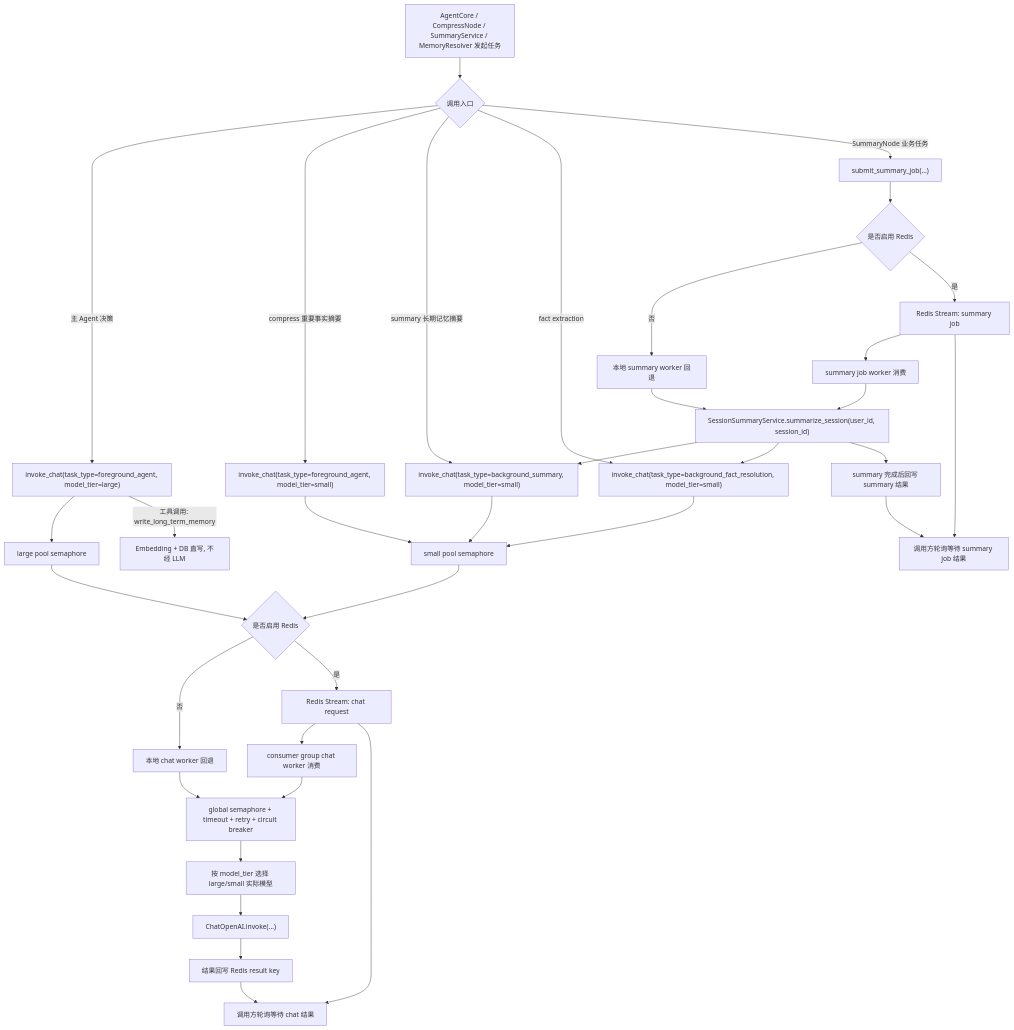
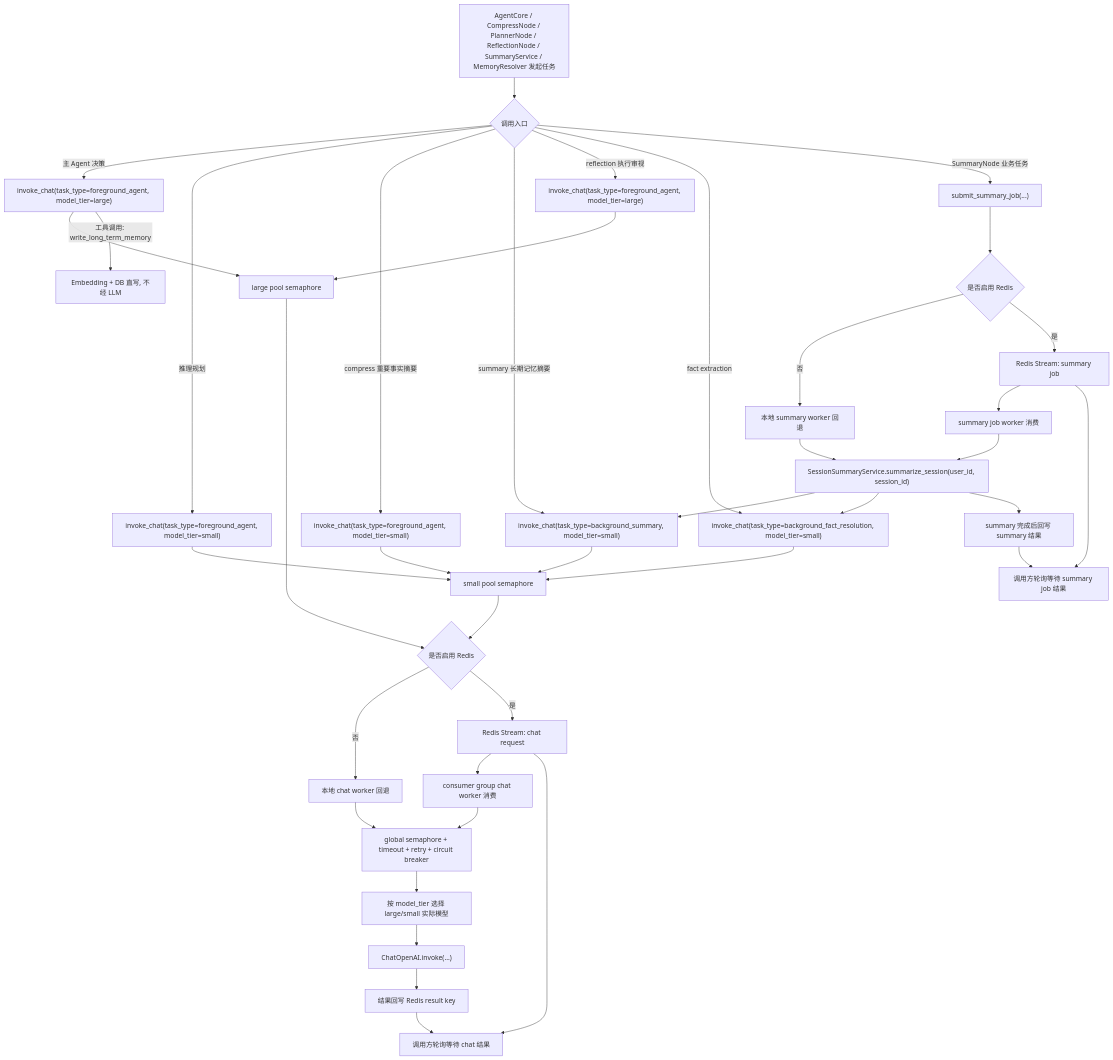
The sixth of 6 diagrams in README.md (xiao-Huahuo/Agent-Core-Service), drawn with Mermaid before and after one commit. The commit also changed other lines of this file and 10 other files, not shown here.

````diff
--- a/README.md
+++ b/README.md
@@ -150,44 +151,48 @@
 ```mermaid
 flowchart TD
-    A["AgentCore / CompressNode / SummaryService / MemoryResolver 发起任务"] --> B{"调用入口"}
+    A["AgentCore / CompressNode / PlannerNode / ReflectionNode / SummaryService / MemoryResolver 发起任务"] --> B{"调用入口"}
     B -->|"主 Agent 决策"| C["invoke_chat(task_type=foreground_agent, model_tier=large)"]
+    B -->|"推理规划"| D2["invoke_chat(task_type=foreground_agent, model_tier=small)"]
     B -->|"compress 重要事实摘要"| D["invoke_chat(task_type=foreground_agent, model_tier=small)"]
     B -->|"summary 长期记忆摘要"| E["invoke_chat(task_type=background_summary, model_tier=small)"]
+    B -->|"reflection 执行审视"| R2["invoke_chat(task_type=foreground_agent, model_tier=large)"]
     B -->|"fact extraction"| F["invoke_chat(task_type=background_fact_resolution, model_tier=small)"]
     B -->|"SummaryNode 业务任务"| G["submit_summary_job(...)"]
 
     C --> H["large pool semaphore"]
-    D --> I["small pool semaphore"]
+    D2 --> I["small pool semaphore"]
+    D --> I
     E --> I
+    R2 --> H
     F --> I
 
     C -->|"工具调用: write_long_term_memory"| J2["Embedding + DB 直写, 不经 LLM"]
 
     H --> J{"是否启用 Redis"}
     I --> J
     G --> K{"是否启用 Redis"}
 
     J -->|"否"| L["本地 chat worker 回退"]
     J -->|"是"| M["Redis Stream: chat request"]
     K -->|"否"| N["本地 summary worker 回退"]
     K -->|"是"| O["Redis Stream: summary job"]
 
     M --> P["consumer group chat worker 消费"]
     O --> Q["summary job worker 消费"]
     Q --> R["SessionSummaryService.summarize_session(user_id, session_id)"]
     R --> E
     R --> F
 
     P --> S["global semaphore + timeout + retry + circuit breaker"]
     L --> S
     N --> R
     S --> T["按 model_tier 选择 large/small 实际模型"]
     T --> U["ChatOpenAI.invoke(...)"]
     U --> V["结果回写 Redis result key"]
 
     M --> W["调用方轮询等待 chat 结果"]
     V --> W
     O --> X["调用方轮询等待 summary job 结果"]
     R --> Y["summary 完成后回写 summary 结果"]
     Y --> X
 ```
````
